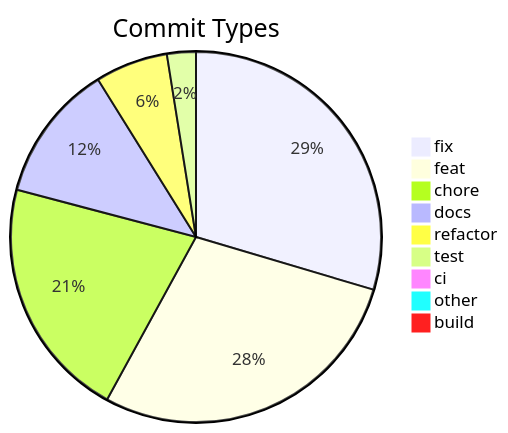
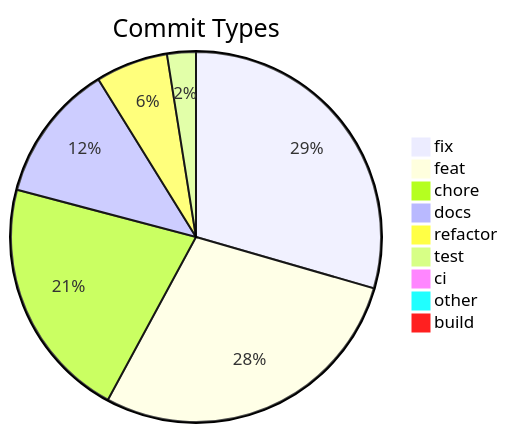
One commit to svenroth-ai/shipwright changed the diagram in .shipwright/compliance/change-history.md. Above: the diagram before and after it, drawn with Mermaid. The commit also changed other lines of this file and 9 other files, not shown here.

````diff
--- a/.shipwright/compliance/change-history.md
+++ b/.shipwright/compliance/change-history.md
@@ -10,12 +10,12 @@
 ```mermaid
 pie title Commit Types
     "fix" : 364
-    "feat" : 349
-    "chore" : 260
-    "docs" : 148
+    "feat" : 351
+    "chore" : 262
+    "docs" : 149
     "refactor" : 78
     "test" : 31
     "ci" : 11
     "other" : 9
     "build" : 1
 ```
````
